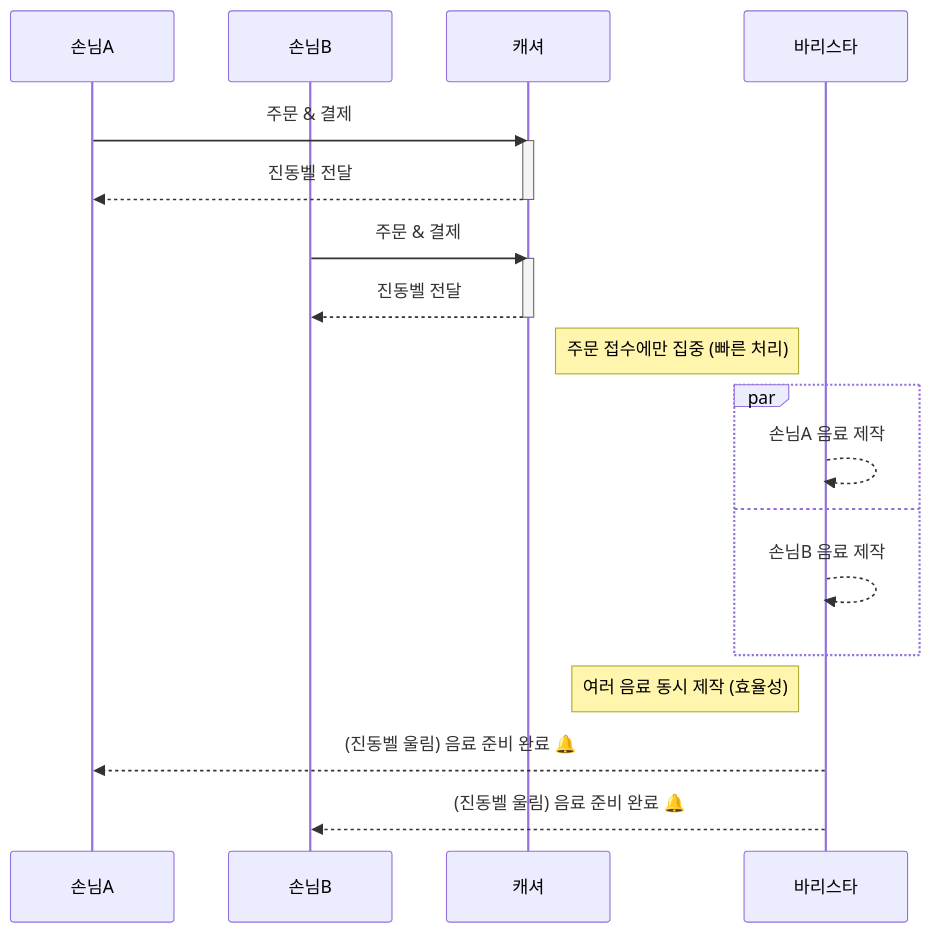
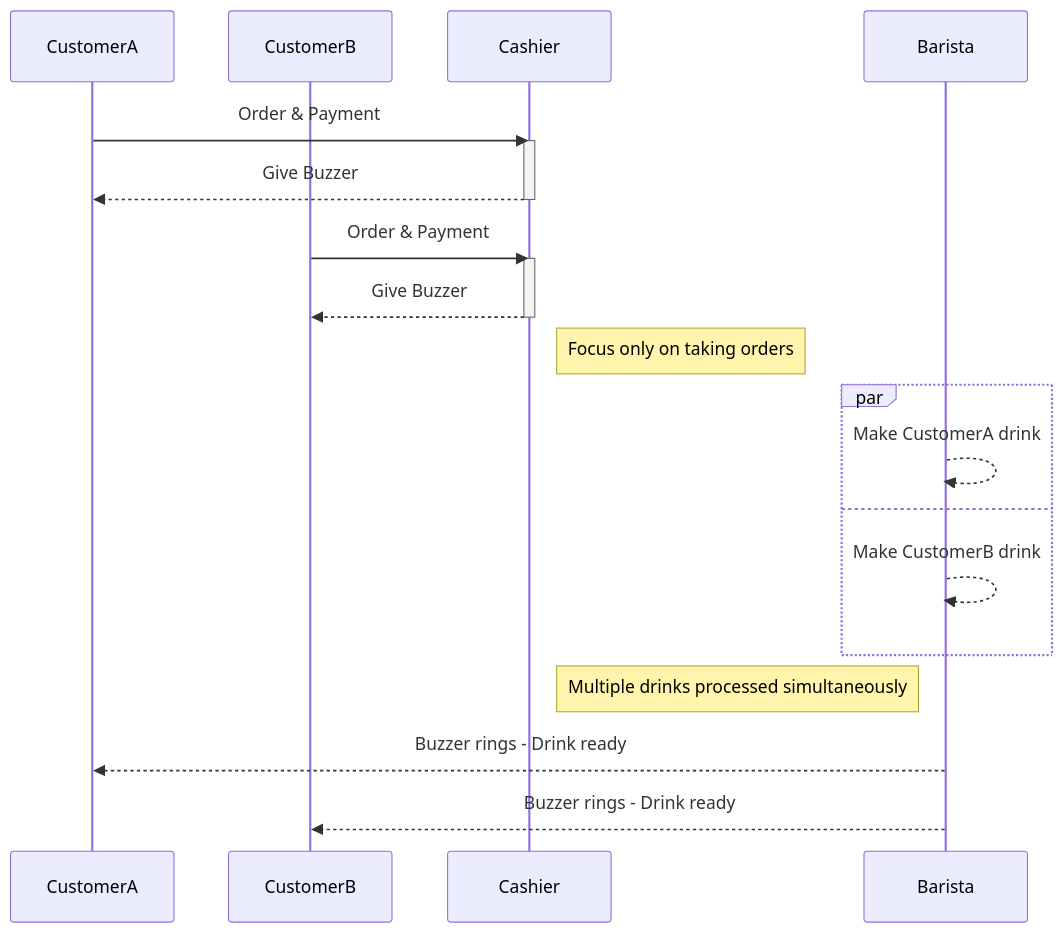
One commit to Blue-B/Blue-B.github.io changed the second of 2 diagrams in _posts/2025-07-30-Node.js-소개.md. Above: the diagram before and after it, drawn with Mermaid. The commit also changed other lines of this file and 1 other file, not shown here.

Commit message:
fix: mermaid diagram rendering issues

````diff
--- a/_posts/2025-07-30-Node.js-소개.md
+++ b/_posts/2025-07-30-Node.js-소개.md
@@ -66,30 +66,30 @@
 ```mermaid
 sequenceDiagram
-    participant 손님A
-    participant 손님B
-    participant 캐셔
-    participant 바리스타
+    participant CustomerA
+    participant CustomerB
+    participant Cashier
+    participant Barista
 
-    손님A->>캐셔: 주문 & 결제
-    activate 캐셔
-    캐셔-->>손님A: 진동벨 전달
-    deactivate 캐셔
+    CustomerA->>Cashier: Order & Payment
+    activate Cashier
+    Cashier-->>CustomerA: Give Buzzer
+    deactivate Cashier
 
-    손님B->>캐셔: 주문 & 결제
-    activate 캐셔
-    캐셔-->>손님B: 진동벨 전달
-    deactivate 캐셔
+    CustomerB->>Cashier: Order & Payment
+    activate Cashier
+    Cashier-->>CustomerB: Give Buzzer
+    deactivate Cashier
 
-    note right of 캐셔: 주문 접수에만 집중 (빠른 처리)
+    note right of Cashier: Focus only on taking orders
 
     par
-        바리스타-->>바리스타: 손님A 음료 제작
+        Barista-->>Barista: Make CustomerA drink
     and
-        바리스타-->>바리스타: 손님B 음료 제작
+        Barista-->>Barista: Make CustomerB drink
     end
 
-    note left of 바리스타: 여러 음료 동시 제작 (효율성)
+    note left of Barista: Multiple drinks processed simultaneously
 
-    바리스타-->>손님A: (진동벨 울림) 음료 준비 완료 🔔
-    바리스타-->>손님B: (진동벨 울림) 음료 준비 완료 🔔
+    Barista-->>CustomerA: Buzzer rings - Drink ready
+    Barista-->>CustomerB: Buzzer rings - Drink ready
 ```
````
